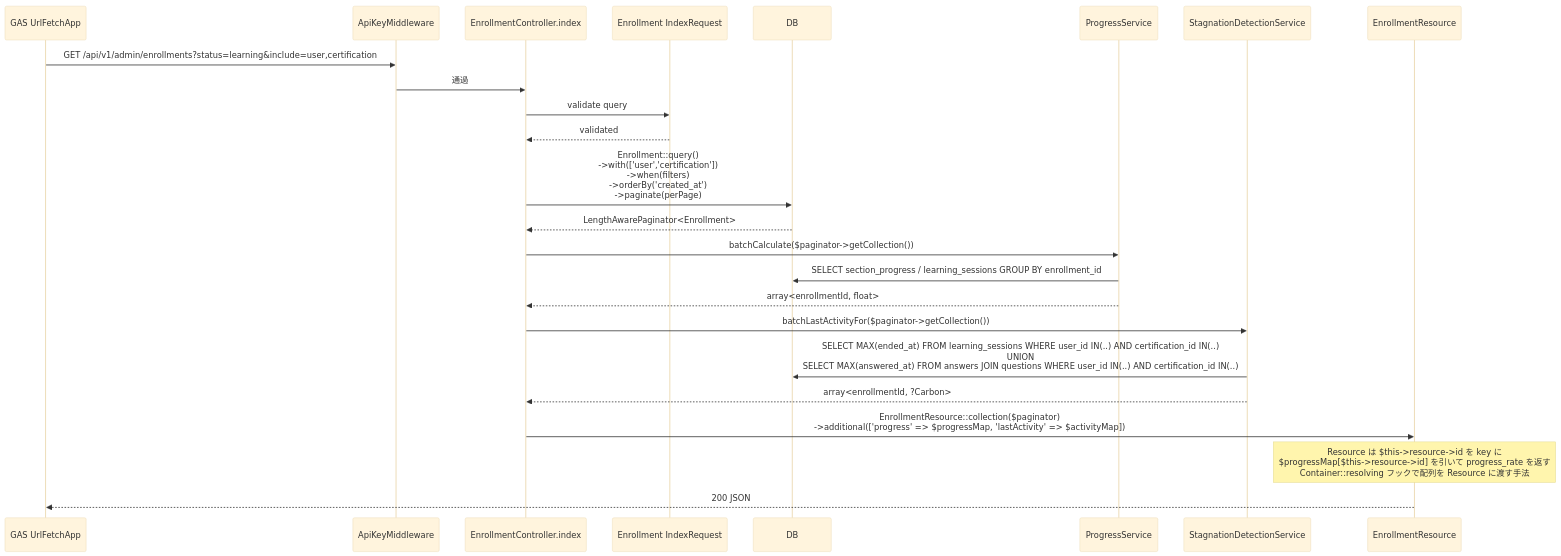
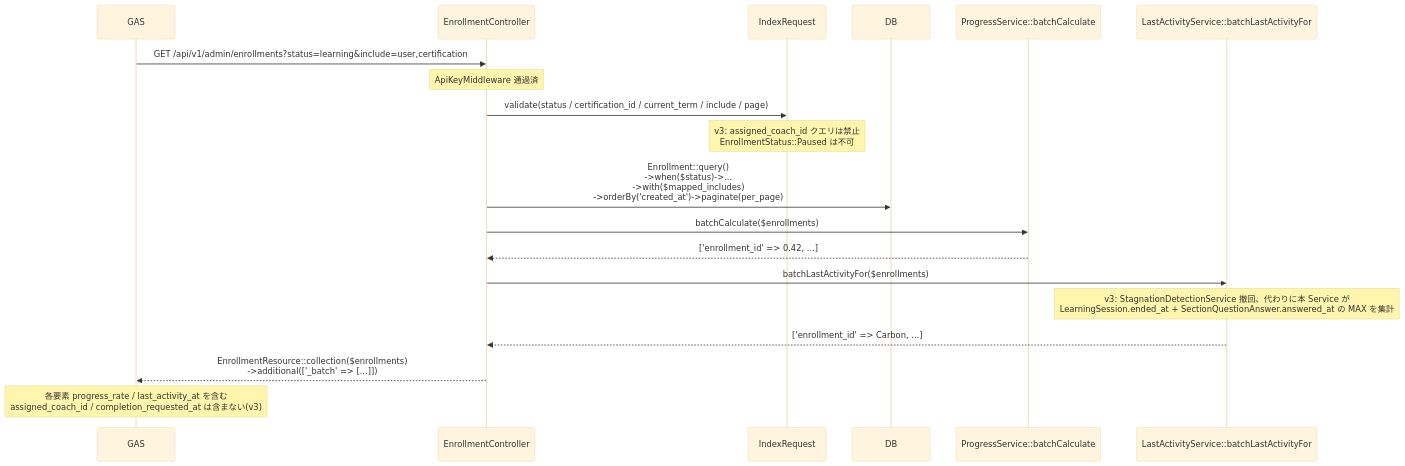
One commit to coachtech-mockcase-second/ExampleAnswer-mockcase-CertifyLMS changed the third of 4 diagrams in docs/specs/analytics-export/design.md. Above: the diagram before and after it, drawn with Mermaid (base theme). The commit also changed other lines of this file and 67 other files, not shown here.

````diff
--- a/docs/specs/analytics-export/design.md
+++ b/docs/specs/analytics-export/design.md
@@ -109,27 +62,22 @@
 ```mermaid
 sequenceDiagram
-    participant GAS as GAS UrlFetchApp
-    participant AKM as ApiKeyMiddleware
-    participant EC as EnrollmentController.index
-    participant ER as Enrollment IndexRequest
-    participant DB as DB
-    participant PS as ProgressService
-    participant SDS as StagnationDetectionService
-    participant ERes as EnrollmentResource
+    participant GAS
+    participant EC as EnrollmentController
+    participant IR as IndexRequest
+    participant DB
+    participant ProgressSvc as ProgressService::batchCalculate
+    participant LastActivitySvc as LastActivityService::batchLastActivityFor
 
-    GAS->>AKM: GET /api/v1/admin/enrollments?status=learning&include=user,certification
-    AKM->>EC: 通過
-    EC->>ER: validate query
-    ER-->>EC: validated
-    EC->>DB: Enrollment::query()<br/>->with(['user','certification'])<br/>->when(filters)<br/>->orderBy('created_at')<br/>->paginate(perPage)
-    DB-->>EC: LengthAwarePaginator<Enrollment>
-    EC->>PS: batchCalculate($paginator->getCollection())
-    PS->>DB: SELECT section_progress / learning_sessions GROUP BY enrollment_id
-    PS-->>EC: array<enrollmentId, float>
-    EC->>SDS: batchLastActivityFor($paginator->getCollection())
-    SDS->>DB: SELECT MAX(ended_at) FROM learning_sessions WHERE user_id IN(..) AND certification_id IN(..)<br/>UNION<br/>SELECT MAX(answered_at) FROM answers JOIN questions WHERE user_id IN(..) AND certification_id IN(..)
-    SDS-->>EC: array<enrollmentId, ?Carbon>
-    EC->>ERes: EnrollmentResource::collection($paginator)<br/>->additional(['progress' => $progressMap, 'lastActivity' => $activityMap])
-    Note over ERes: Resource は $this->resource->id を key に<br/>$progressMap[$this->resource->id] を引いて progress_rate を返す<br/>Container::resolving フックで配列を Resource に渡す手法
-    ERes-->>GAS: 200 JSON
+    GAS->>EC: GET /api/v1/admin/enrollments?status=learning&include=user,certification
+    Note over EC: ApiKeyMiddleware 通過済
+    EC->>IR: validate(status / certification_id / current_term / include / page)
+    Note over IR: v3: assigned_coach_id クエリは禁止<br/>EnrollmentStatus::Paused は不可
+    EC->>DB: Enrollment::query()<br/>->when($status)->...<br/>->with($mapped_includes)<br/>->orderBy('created_at')->paginate(per_page)
+    EC->>ProgressSvc: batchCalculate($enrollments)
+    ProgressSvc-->>EC: ['enrollment_id' => 0.42, ...]
+    EC->>LastActivitySvc: batchLastActivityFor($enrollments)
+    Note over LastActivitySvc: v3: StagnationDetectionService 撤回、代わりに本 Service が<br/>LearningSession.ended_at + SectionQuestionAnswer.answered_at の MAX を集計
+    LastActivitySvc-->>EC: ['enrollment_id' => Carbon, ...]
+    EC-->>GAS: EnrollmentResource::collection($enrollments)<br/>->additional(['_batch' => [...]])
+    Note over GAS: 各要素 progress_rate / last_activity_at を含む<br/>assigned_coach_id / completion_requested_at は含まない(v3)
 ```
````
